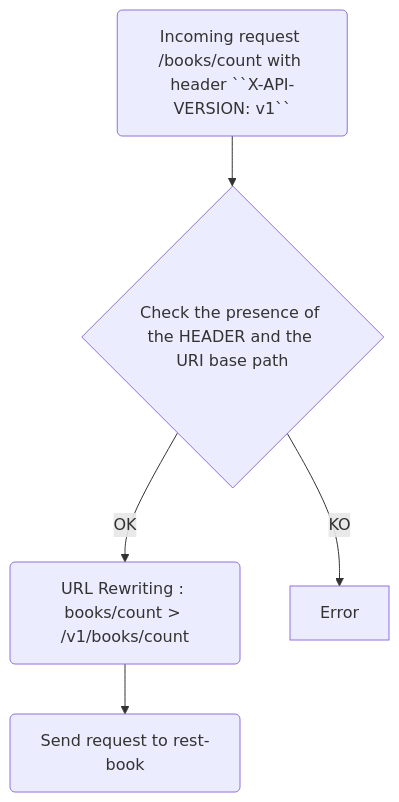
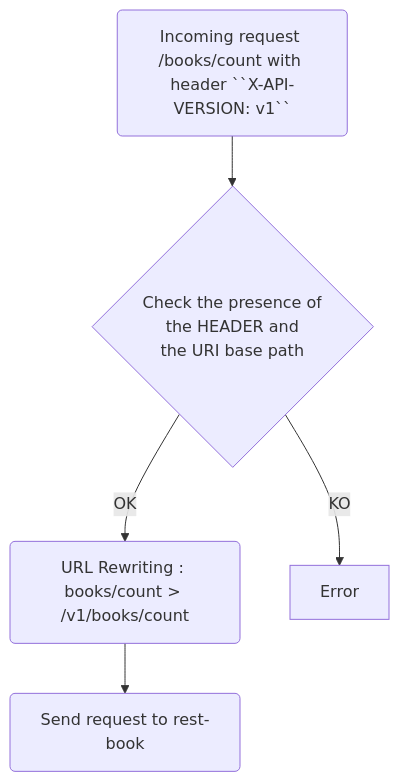
One commit to alexandre-touret/rest-apis-versioning-workshop changed the diagram in docs/02-first_version.md. Above: the diagram before and after it, drawn with Mermaid.

Commit message:
feat: chapter 3 documentation typos

````diff
--- a/docs/02-first_version.md
+++ b/docs/02-first_version.md
@@ -283,8 +283,8 @@
 ```mermaid
 flowchart TD
-    A(Incoming request /books/count with header ``X-API-VERSION: v1``) --> B{Check the presence of the HEADER and the URI base path}
+    A(Incoming request /books/count with header ``X-API-VERSION: v1``) --> B{Check the presence of <br> the HEADER and <br> the URI base path}
     B -->|OK| C(URL Rewriting : books/count > /v1/books/count )
     B -->|KO| D[Error]
     C -->E(Send request to rest-book)
 
 ```
````
